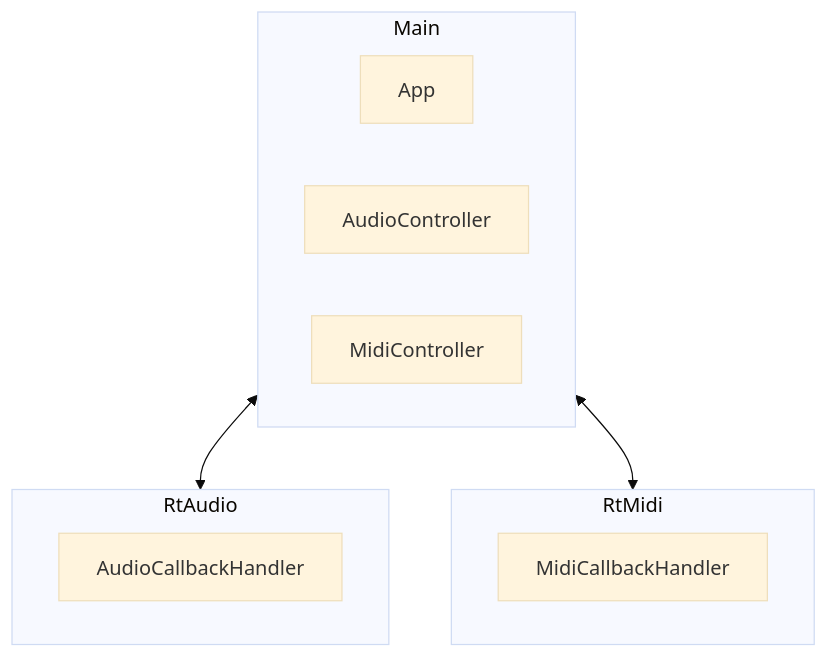
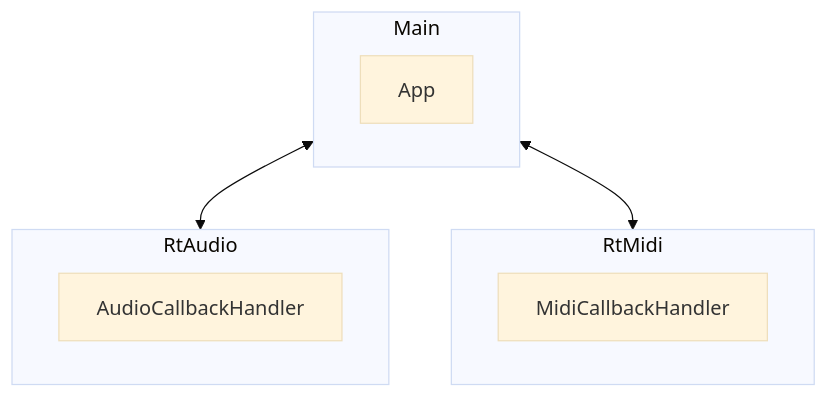
Diagram 16 of 21 in docs/DESIGN_DOC.md (aidan-clyens/miniaudioengine), drawn with Mermaid (base theme) before and after one commit. The commit also changed other lines of this file, not shown here.

````diff
--- a/docs/DESIGN_DOC.md
+++ b/docs/DESIGN_DOC.md
@@ -749,19 +712,17 @@
 ```mermaid
 graph TD
     subgraph Main
         App
-        AudioController
-        MidiController
     end
 
     subgraph RtAudio
         AudioCallbackHandler
     end
 
     subgraph RtMidi
         MidiCallbackHandler
     end
 
     Main <--> RtAudio
     Main <--> RtMidi
 ```
````
